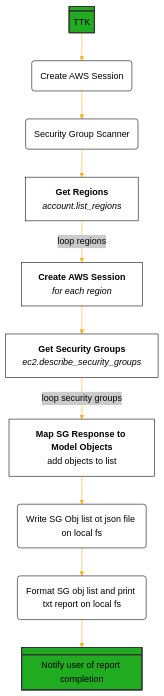
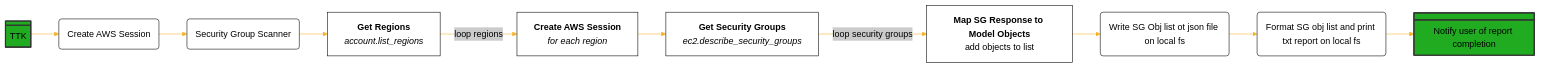
Before and after one commit to ssailor/aws-tinkerer-toolkit: the third of 6 diagrams in README.md, drawn with Mermaid. The commit also changed other lines of this file, not shown here.

Commit message:
Making all mermaid charts LR

````diff
--- a/README.md
+++ b/README.md
@@ -213,53 +213,53 @@
 ```mermaid
 ---
 config:
   theme: 'base'
   themeVariables:
     primaryColor: '#FFFFFF'
     primaryTextColor: '#000000'
     primaryBorderColor: '#000000'
     lineColor: '#F8B229'
     secondaryColor: '#FFFFFF'
     tertiaryColor: '#FFFFFF'
     edgeLabelBackground: '#CBCBCB'
 ---
-graph
+flowchart LR
         %% Define Objects
         start@{ shape: div-rect, label: "TTK" }
         id1(Create AWS Session)
         id2(Security Group Scanner)
 
         id3["`**Get Regions**
         _account.list_regions_`"]
 
         id4["`**Create AWS Session**
         _for each region_`"]
 
         id5["`**Get Security Groups**
         _ec2.describe_security_groups_`"]
 
         id6["`**Map SG Response to Model Objects**
         add objects to list`"]
 
         id7(Write SG Obj list ot json file on local fs)
 
         id8(Format SG obj list and print txt report on local fs)
    
         exit["`Notify user of report completion`"]@{shape: div-rect}
 
         %% Connect Objects
         start --> id1
         id1 --> id2
         id2 --> id3
         id3 -- loop regions --> id4
 
         id4 --> id5
         id5 -- loop security groups --> id6
         id6 --> id7
         id7 --> id8
         id8 --> exit
     
         %% Define Override styles
         classDef green fill:#20ab20ff,stroke:#333,stroke-width:2px;
         class start,exit green
 ```
````
